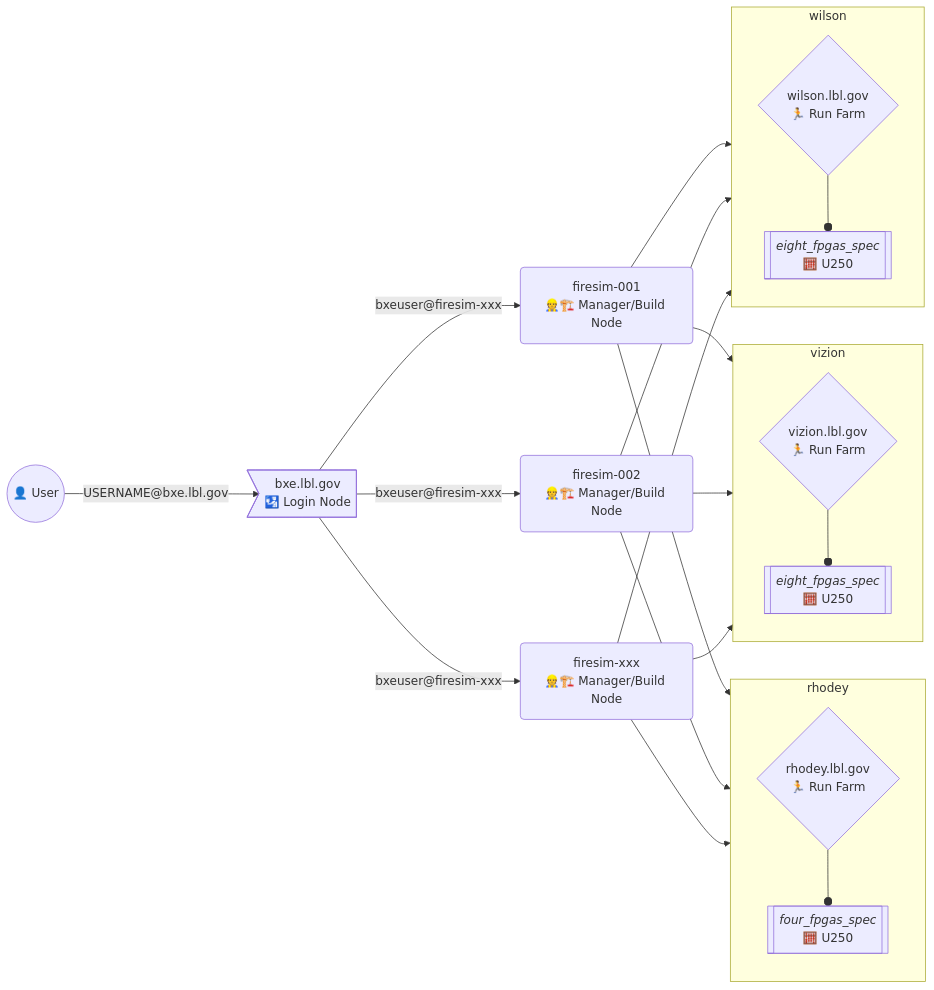
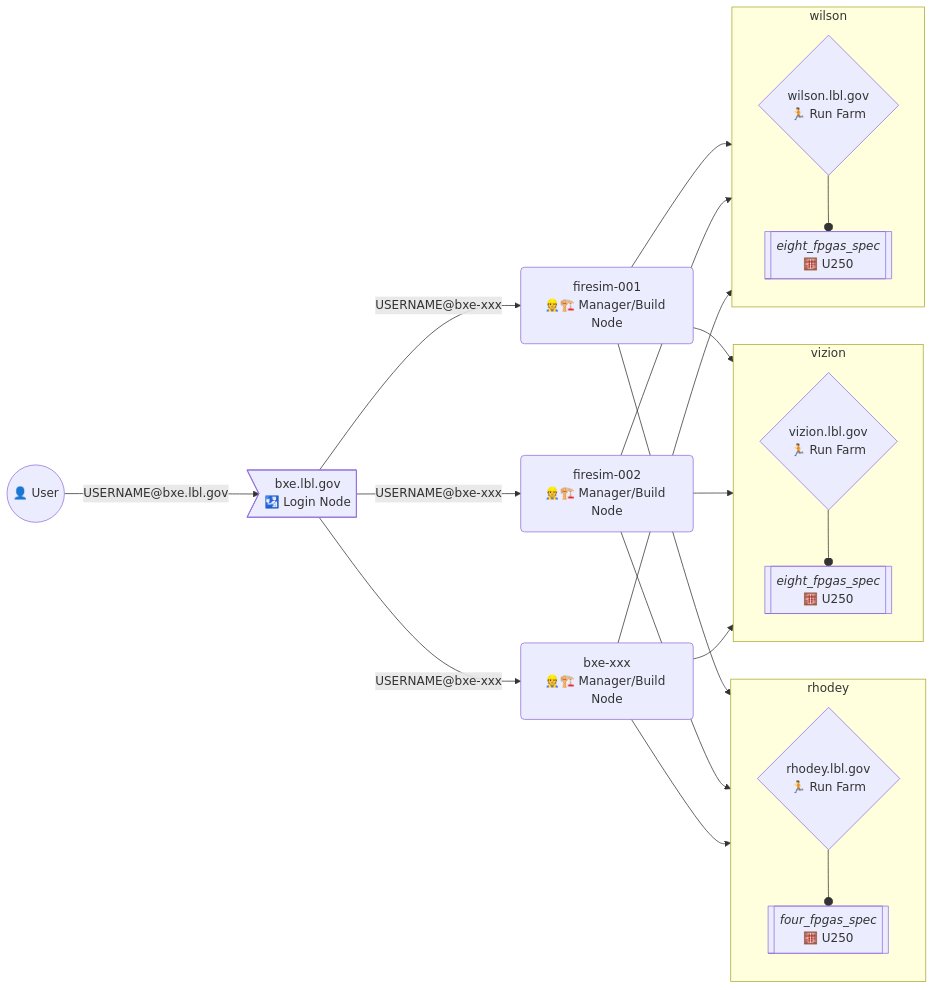
One commit to lbnlbxe/lbnlbxe.github.io changed the diagram in pages/about.md. Above: the diagram before and after it, drawn with Mermaid. The commit also changed other lines of this file and 6 other files, not shown here.

````diff
--- a/pages/about.md
+++ b/pages/about.md
@@ -25,35 +25,35 @@
 ```mermaid
 flowchart LR
     User(("👤 User"))
     BXE>"bxe.lbl.gov\n🛂 Login Node"]
     f1("firesim-001\n👷🏗️ Manager/Build Node")
     f2("firesim-002\n👷🏗️ Manager/Build Node")
-    f3("firesim-xxx\n👷🏗️ Manager/Build Node")
+    f3("bxe-xxx\n👷🏗️ Manager/Build Node")
     w{"wilson.lbl.gov\n🏃 Run Farm"}
     v{"vizion.lbl.gov\n🏃 Run Farm"}
     r{"rhodey.lbl.gov\n🏃 Run Farm"}
     fpgaw[["<i>eight_fpgas_spec</i>\n🧮 U250"]]
     fpgav[["<i>eight_fpgas_spec</i>\n🧮 U250"]]
     fpgar[["<i>four_fpgas_spec</i>\n🧮 U250"]]
 
     subgraph wilson
       direction TB
       w --o fpgaw
     end
 
     subgraph vizion
       direction TB
       v --o fpgav
     end
 
     subgraph rhodey
       direction TB
       r --o fpgar
     end
 
     User -- "USERNAME@bxe.lbl.gov" --> BXE
-    BXE -- "bxeuser@firesim-xxx" --> f1 & f2 & f3
+    BXE -- "USERNAME@bxe-xxx" --> f1 & f2 & f3
     f1 & f2 & f3 --> wilson
     f1 & f2 & f3 --> vizion
     f1 & f2 & f3 --> rhodey
 ```
````
